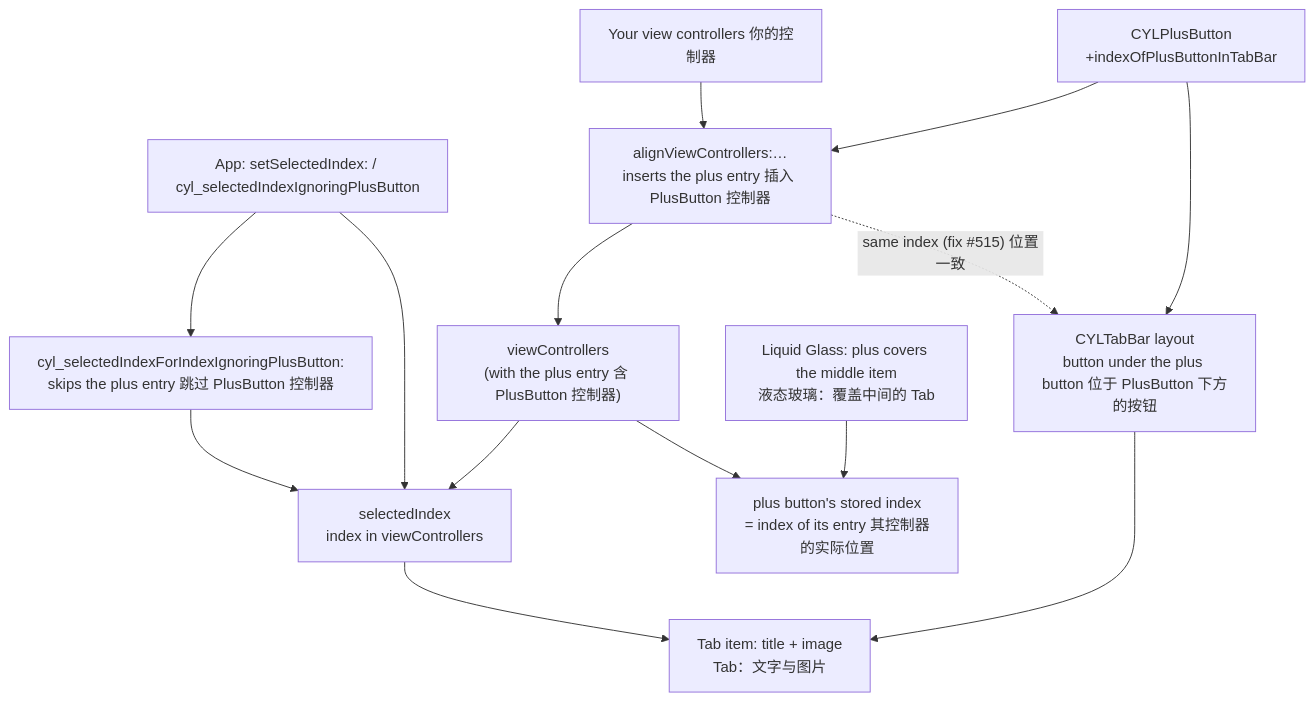
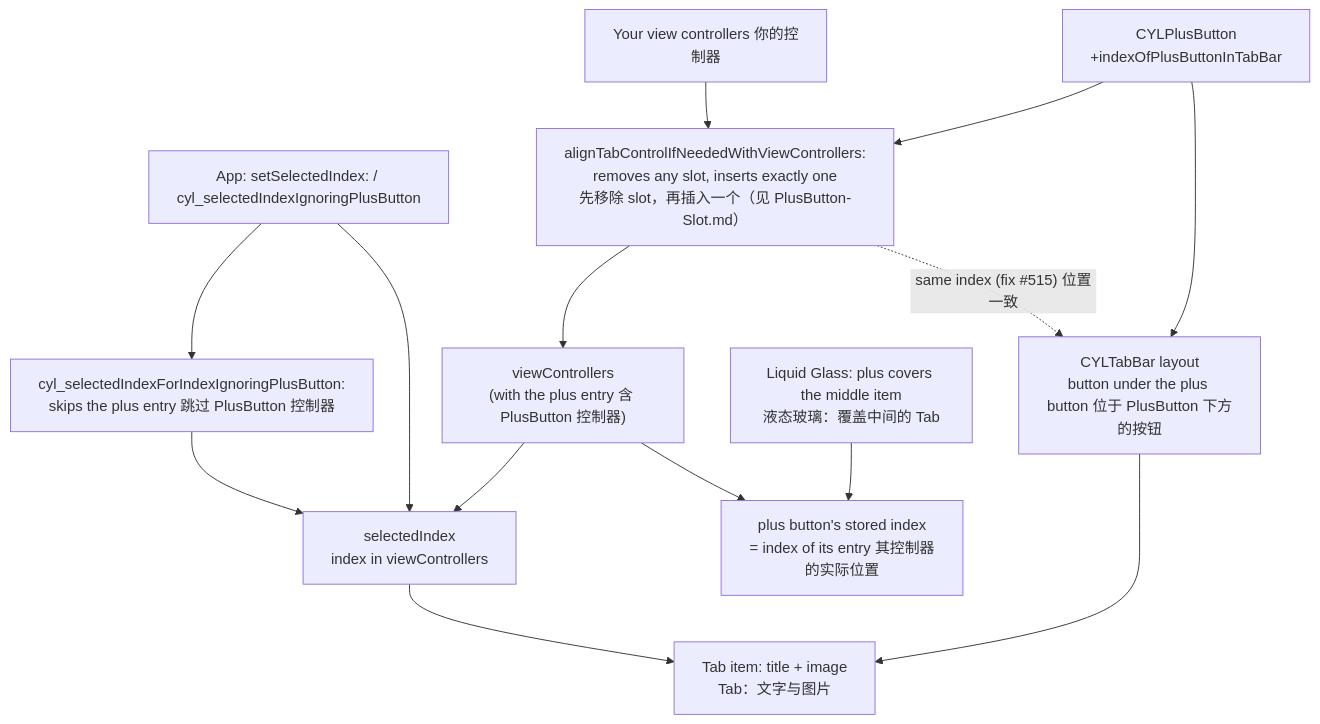
Before and after one commit to ChenYilong/CYLTabBarController: the diagram in docs/SelectedIndex-PlusButton.md, drawn with Mermaid. The commit also changed 16 other files, not shown here.

Commit message:
fix: 🐛 PlusButton slot: one insertion rule and slot guards so tab counts and indexes match in every style (#774)

````diff
--- a/docs/SelectedIndex-PlusButton.md
+++ b/docs/SelectedIndex-PlusButton.md
@@ -96,16 +96,16 @@
 ```mermaid
 flowchart TD
     App["App: setSelectedIndex: / cyl_selectedIndexIgnoringPlusButton"] --> Map["cyl_selectedIndexForIndexIgnoringPlusButton:<br/>skips the plus entry 跳过 PlusButton 控制器"]
     Map --> SI["selectedIndex<br/>index in viewControllers"]
     App --> SI
-    VCs["Your view controllers 你的控制器"] --> Align["alignViewControllers:…<br/>inserts the plus entry 插入 PlusButton 控制器"]
+    VCs["Your view controllers 你的控制器"] --> Align["alignTabControlIfNeededWithViewControllers:<br/>removes any slot, inserts exactly one<br/>先移除 slot，再插入一个（见 PlusButton-Slot.md）"]
     Plus["CYLPlusButton<br/>+indexOfPlusButtonInTabBar"] --> Align
     Align --> All["viewControllers<br/>(with the plus entry 含 PlusButton 控制器)"]
     All --> SI
     SI --> Item["Tab item: title + image<br/>Tab：文字与图片"]
     Plus --> Layout["CYLTabBar layout<br/>button under the plus button 位于 PlusButton 下方的按钮"]
     Align -. "same index (fix #515) 位置一致" .-> Layout
     Layout --> Item
     LG["Liquid Glass: plus covers the middle item<br/>液态玻璃：覆盖中间的 Tab"] --> PlusIndex["plus button's stored index<br/>= index of its entry 其控制器的实际位置"]
     All --> PlusIndex
 ```
````
